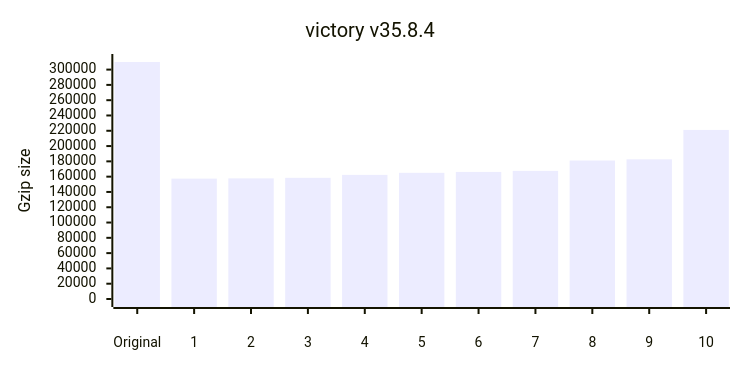
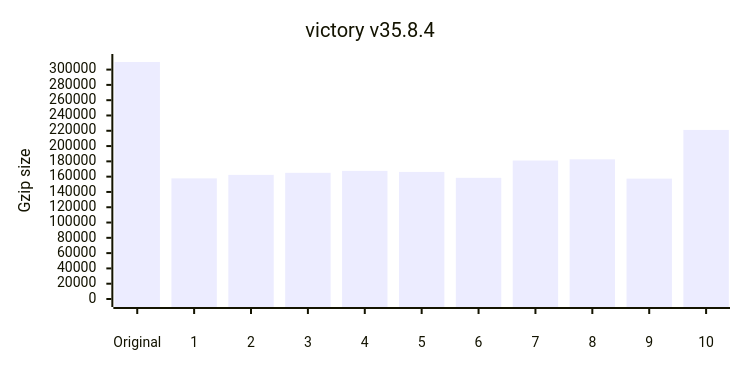
The ninth of 12 diagrams in README.md (privatenumber/minification-benchmarks), drawn with Mermaid before and after one commit. The commit also changed other lines of this file and 6 other files, not shown here.

````diff
--- a/README.md
+++ b/README.md
@@ -406,17 +414,17 @@
 ```mermaid
 ---
 config:
     xyChart:
         width: 720
         height: 360
         xAxis:
             labelPadding: 20
         yAxis:
             labelPadding: 10
 ---
 xychart-beta
 	title "victory v35.8.4"
 	x-axis ["Original",1,2,3,4,5,6,7,8,9,10]
 	y-axis "Gzip size" 0 --> 309942
-	bar [309942,157435,157754,158459,162349,165014,166176,167579,181071,182671,221118]
+	bar [309942,157754,162349,165014,167579,166176,158459,181071,182671,157435,221118]
 ```
````
